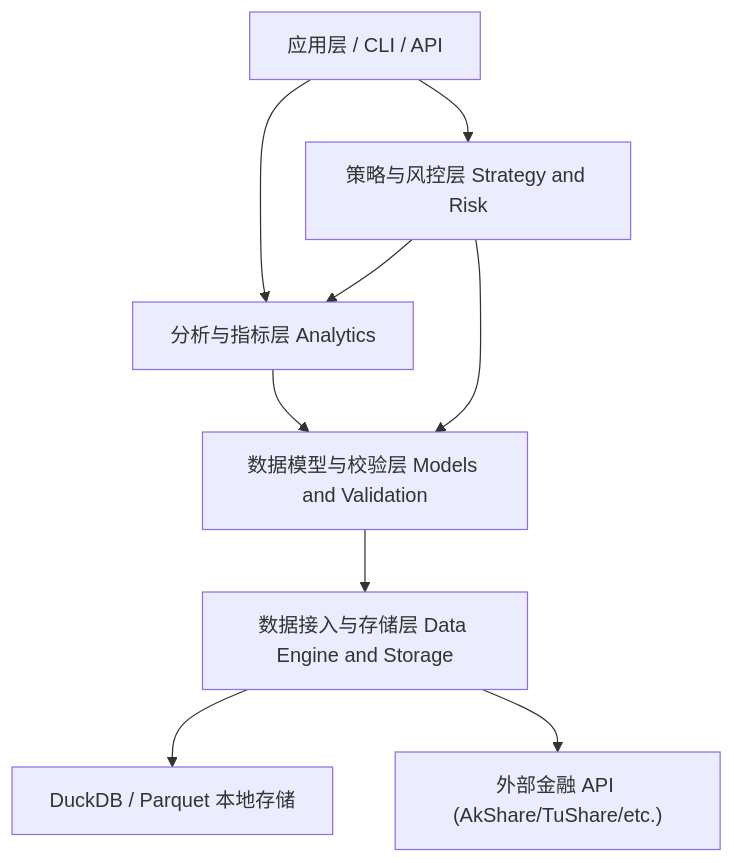
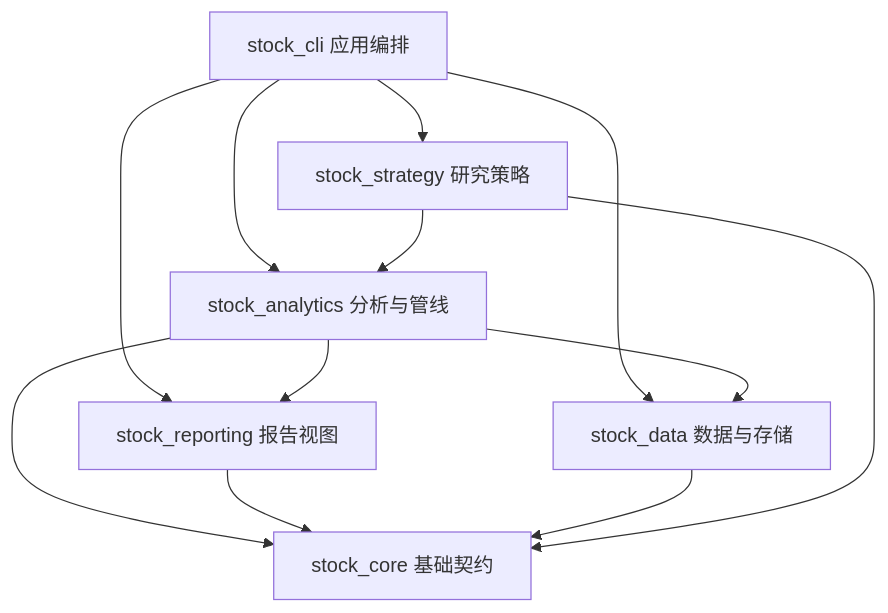
One commit to aidenreed937/stock changed the diagram in docs/architecture/overview.md. Above: the diagram before and after it, drawn with Mermaid. The commit also changed other lines of this file and 19 other files, not shown here.

````diff
--- a/docs/architecture/overview.md
+++ b/docs/architecture/overview.md
@@ -7,11 +7,21 @@
 ```mermaid
 graph TD
-    A["应用层 / CLI / API"] --> B["策略与风控层 Strategy and Risk"]
-    A --> C["分析与指标层 Analytics"]
-    B --> C
-    C --> D["数据模型与校验层 Models and Validation"]
-    B --> D
-    D --> E["数据接入与存储层 Data Engine and Storage"]
-    E --> F["DuckDB / Parquet 本地存储"]
-    E --> G["外部金融 API (AkShare/TuShare/etc.)"]
+    cli["stock_cli 应用编排"]
+    strategy["stock_strategy 研究策略"]
+    analytics["stock_analytics 分析与管线"]
+    reporting["stock_reporting 报告视图"]
+    data["stock_data 数据与存储"]
+    core["stock_core 基础契约"]
+
+    cli --> strategy
+    cli --> analytics
+    cli --> reporting
+    cli --> data
+    strategy --> analytics
+    analytics --> reporting
+    analytics --> data
+    analytics --> core
+    reporting --> core
+    data --> core
+    strategy --> core
 ```
````
